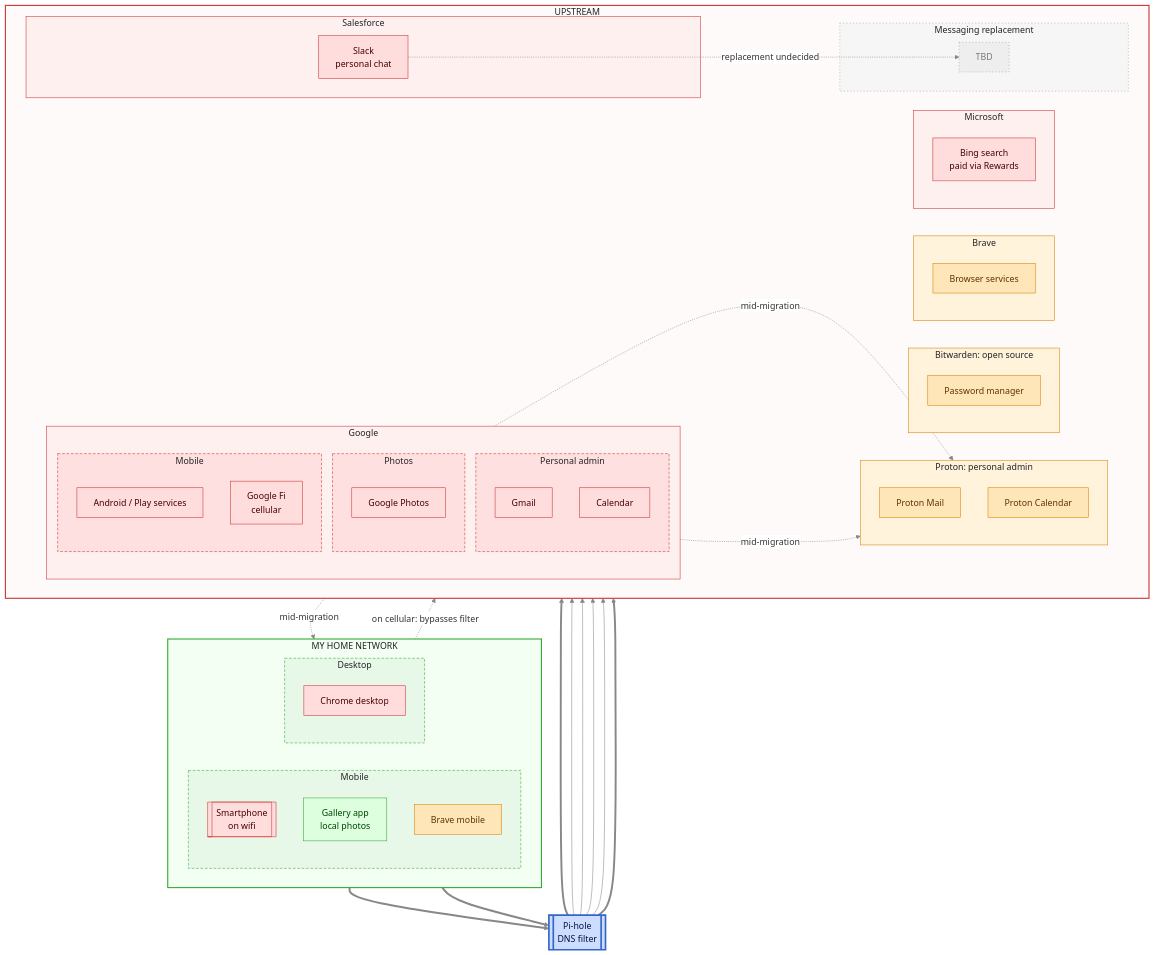
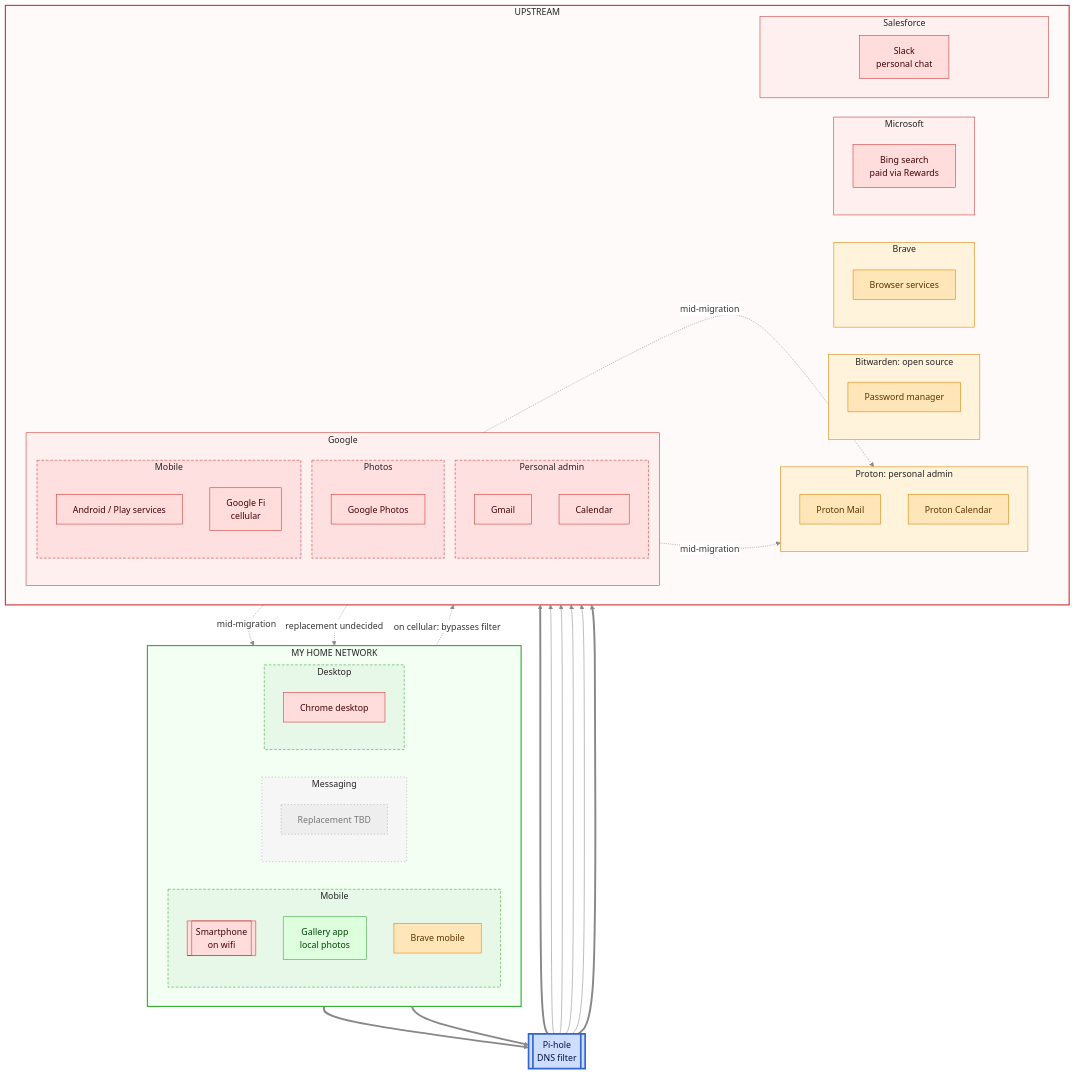
One commit to lowlydba/torch-the-tech changed the fourth of 5 diagrams in README.md. Above: the diagram before and after it, drawn with Mermaid.

Commit message:
Move messaging replacement into home network

```diff
--- a/README.md
+++ b/README.md
@@ -252,6 +252,11 @@
             pixel[[Smartphone<br/>on wifi]]
             gallery[Gallery app<br/>local photos]
             brave_m[Brave mobile]
+        end
+
+        subgraph tbd["Messaging"]
+            direction TB
+            chatrep[Replacement TBD]
         end
 
         subgraph h_desktop["Desktop"]
@@ -304,10 +309,6 @@
         subgraph salesforce["Salesforce"]
             slack[Slack<br/>personal chat]
         end
-
-        subgraph tbd["Messaging replacement"]
-            chatrep[TBD]
-        end
     end
 
     h_mobile ==> pihole
```
